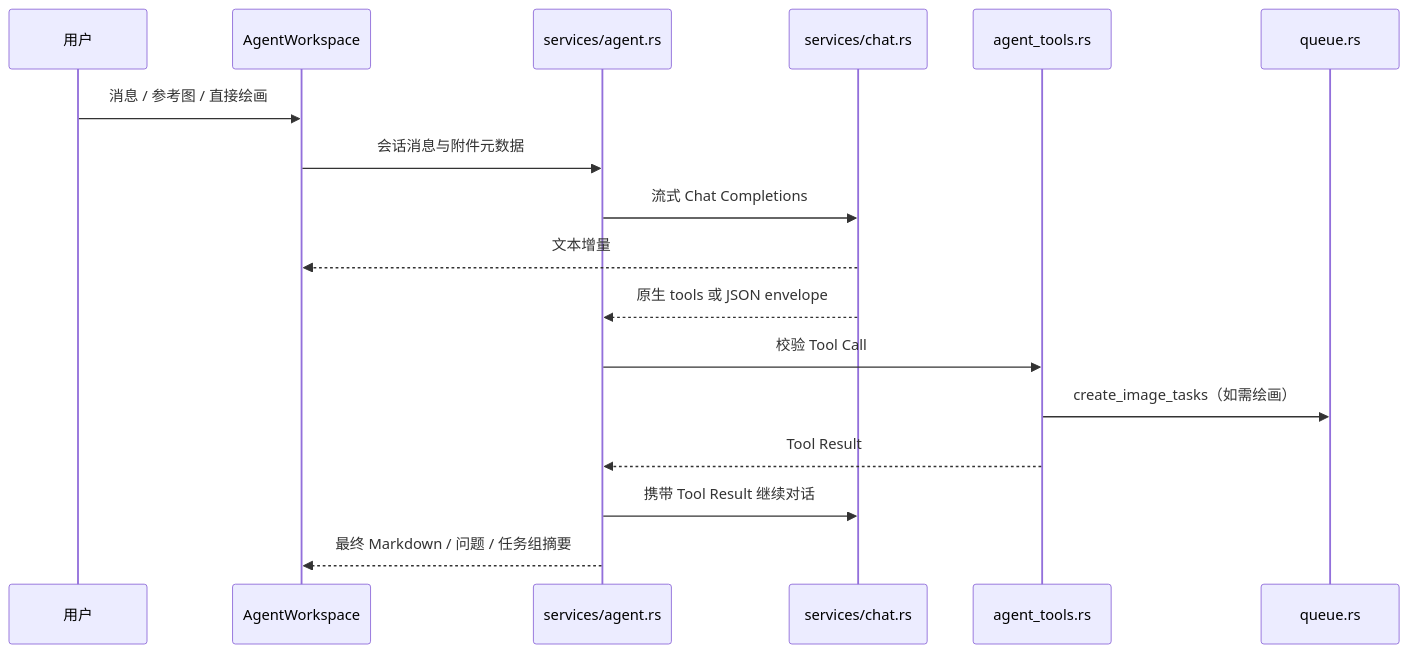
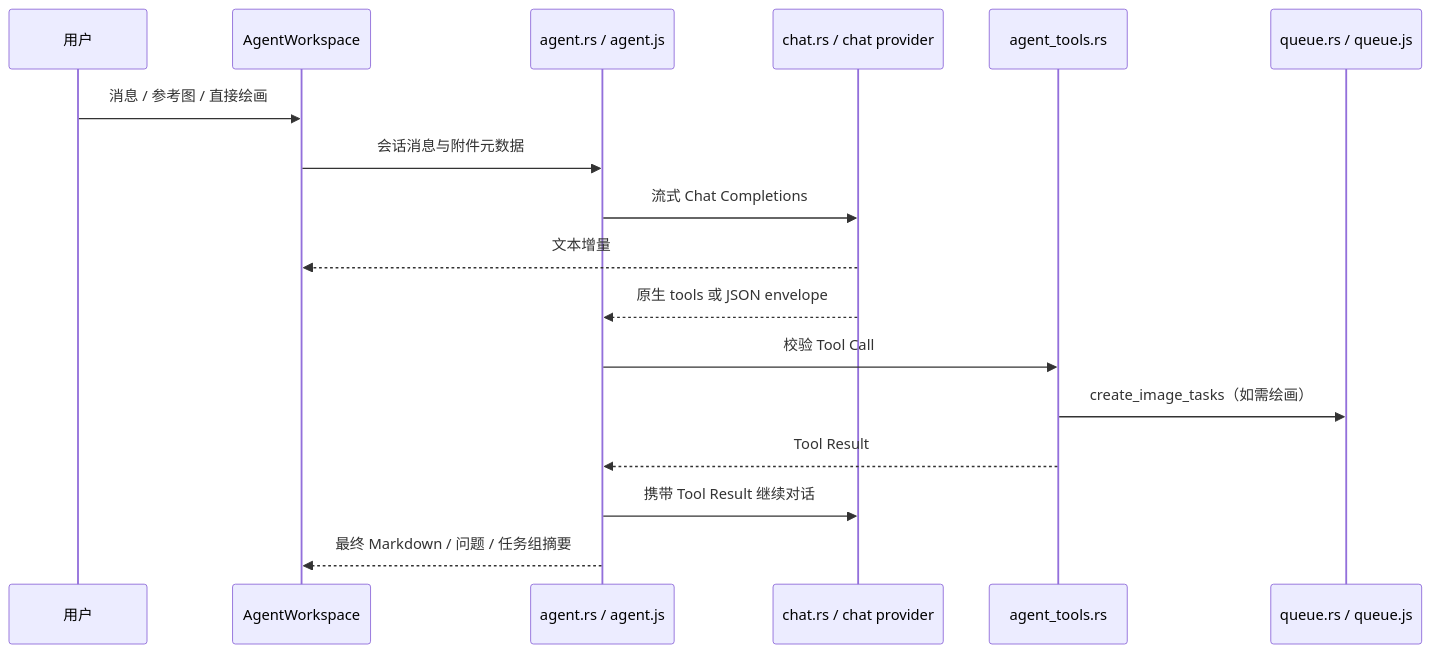
The second of 3 diagrams in docs/technical-design.md (Tairraos/image-forge), drawn with Mermaid before and after one commit. The commit also changed other lines of this file, not shown here.

````diff
--- a/docs/technical-design.md
+++ b/docs/technical-design.md
@@ -112,20 +167,20 @@
 ```mermaid
 sequenceDiagram
   participant User as 用户
   participant UI as AgentWorkspace
-  participant Agent as services/agent.rs
-  participant Chat as services/chat.rs
+  participant Agent as agent.rs / agent.js
+  participant Chat as chat.rs / chat provider
   participant Tools as agent_tools.rs
-  participant Queue as queue.rs
+  participant Queue as queue.rs / queue.js
 
   User->>UI: 消息 / 参考图 / 直接绘画
   UI->>Agent: 会话消息与附件元数据
   Agent->>Chat: 流式 Chat Completions
   Chat-->>UI: 文本增量
   Chat-->>Agent: 原生 tools 或 JSON envelope
   Agent->>Tools: 校验 Tool Call
   Tools->>Queue: create_image_tasks（如需绘画）
   Tools-->>Agent: Tool Result
   Agent->>Chat: 携带 Tool Result 继续对话
   Agent-->>UI: 最终 Markdown / 问题 / 任务组摘要
 ```
````
